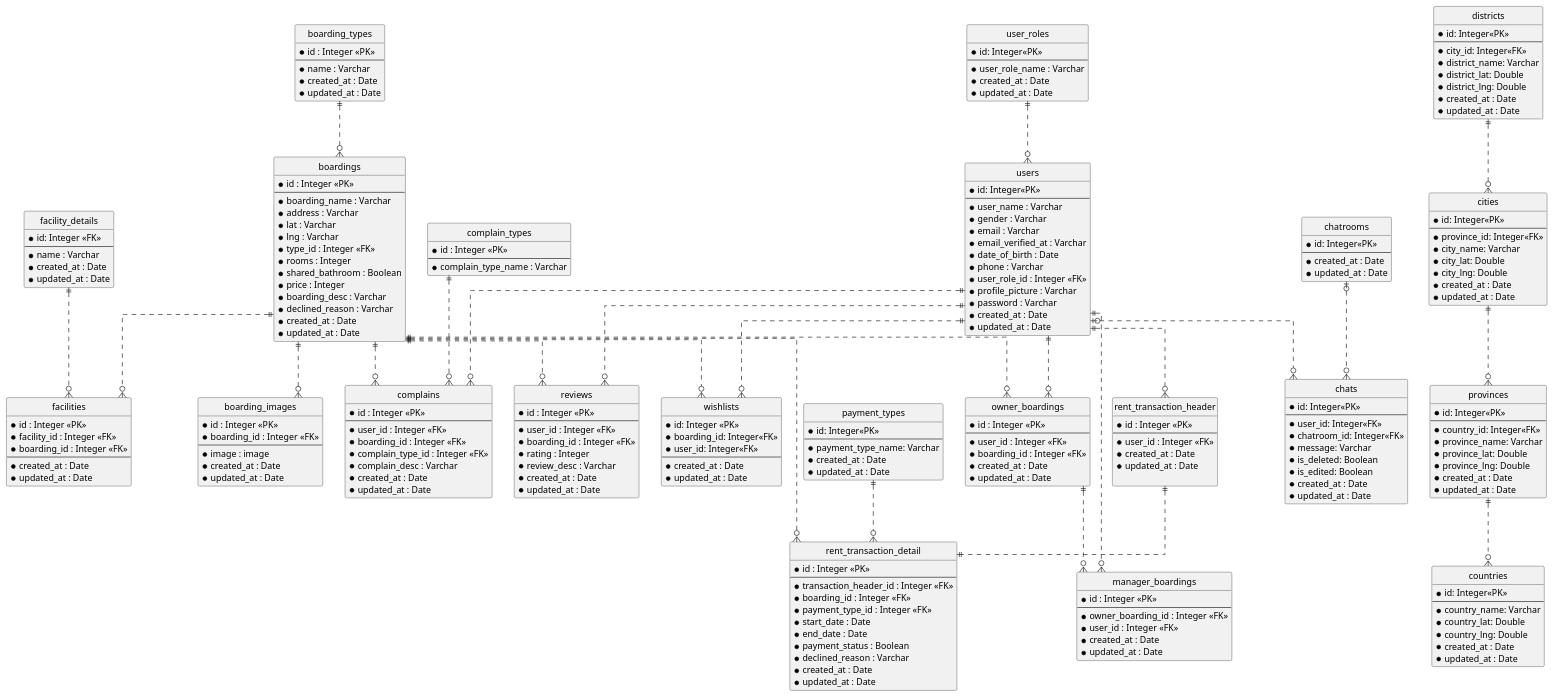
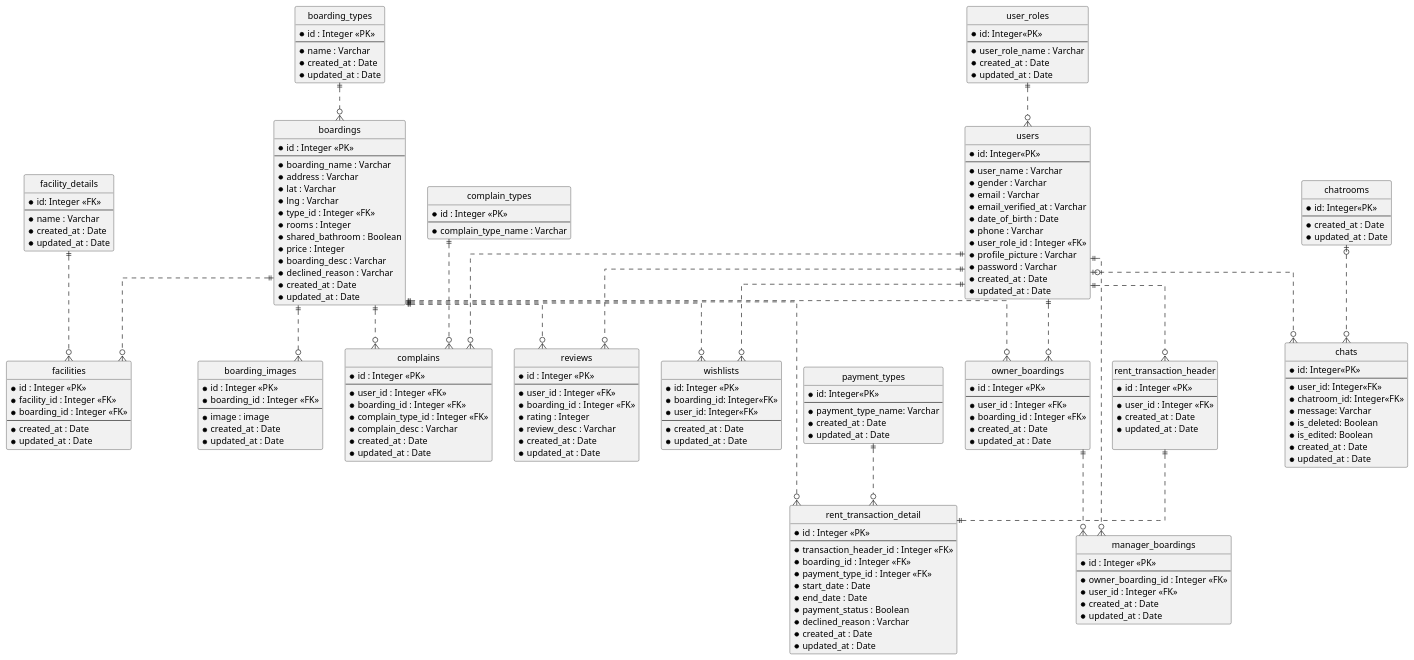
One commit to AntWort21/BHFMS changed the diagram in Design/BHFMS_ERD.puml. Above: the diagram before and after it, drawn with PlantUML. The commit also changed 12 other files, not shown here.

```diff
--- a/Design/BHFMS_ERD.puml
+++ b/Design/BHFMS_ERD.puml
@@ -188,53 +188,6 @@
   *updated_at : Date
 }
 
-entity "countries" as country {
-  *id: Integer<<PK>>
-  --
-  *country_name: Varchar
-  *country_lat: Double
-  *country_lng: Double
-  *created_at : Date
-  *updated_at : Date
-}
-
-entity "provinces" as prov {
-  *id: Integer<<PK>>
-  --
-  *country_id: Integer<<FK>>
-  *province_name: Varchar
-  *province_lat: Double
-  *province_lng: Double
-  *created_at : Date
-  *updated_at : Date
-}
-
-entity "cities" as city {
-  *id: Integer<<PK>>
-  --
-  *province_id: Integer<<FK>>
-  *city_name: Varchar
-  *city_lat: Double
-  *city_lng: Double
-  *created_at : Date
-  *updated_at : Date
-}
-
-entity "districts" as dist {
-  *id: Integer<<PK>>
-  --
-  *city_id: Integer<<FK>>
-  *district_name: Varchar
-  *district_lat: Double
-  *district_lng: Double
-  *created_at : Date
-  *updated_at : Date
-}
-
-prov ||..o{country
-city ||..o{prov
-dist ||..o{city
-
 usrl ||..o{usr
 bh ||..o{ bhi
 bh ||..o{ f
```
